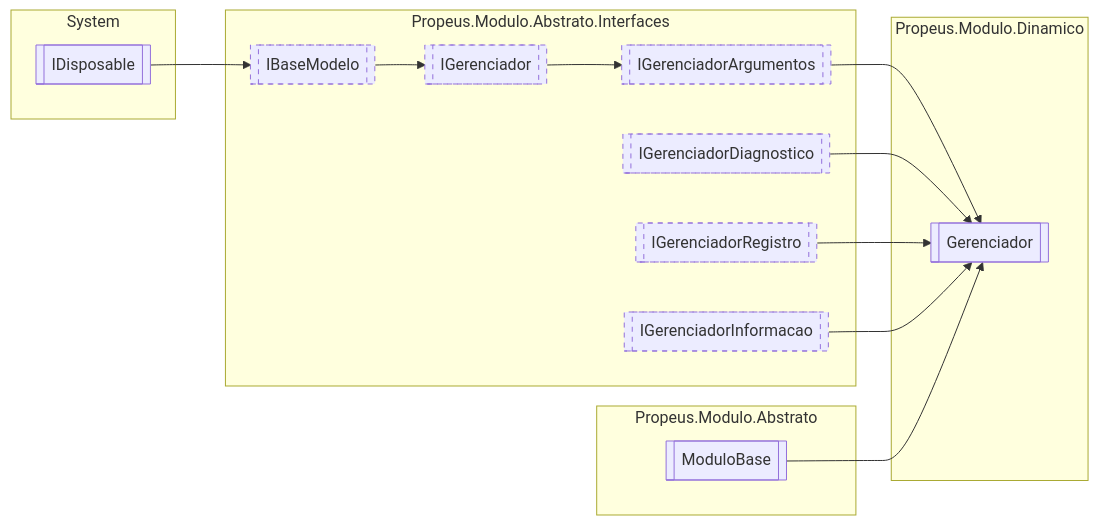
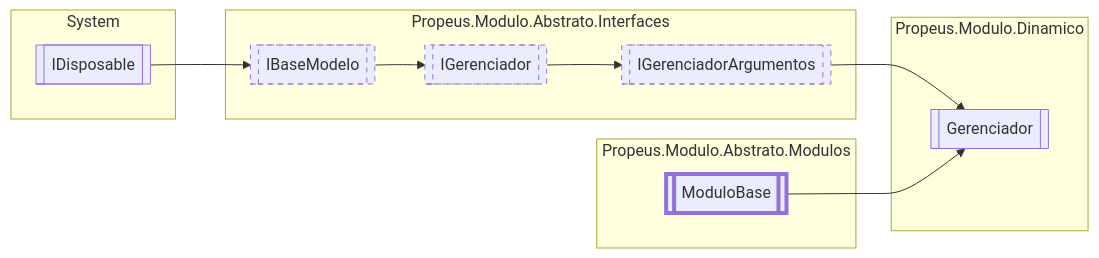
The diagram in docs/ModularDoc/propeusmodulodinamico-Gerenciador.md (Propeus/Modulo), drawn with Mermaid before and after one commit. The commit also changed other lines of this file and 226 other files, not shown here.

````diff
--- a/docs/ModularDoc/propeusmodulodinamico-Gerenciador.md
+++ b/docs/ModularDoc/propeusmodulodinamico-Gerenciador.md
@@ -7,36 +7,28 @@
 ```mermaid
   flowchart LR
   classDef interfaceStyle stroke-dasharray: 5 5;
   classDef abstractStyle stroke-width:4px
   subgraph Propeus.Modulo.Dinamico
   Propeus.Modulo.Dinamico.Gerenciador[[Gerenciador]]
   end
   subgraph Propeus.Modulo.Abstrato.Interfaces
   Propeus.Modulo.Abstrato.Interfaces.IGerenciadorArgumentos[[IGerenciadorArgumentos]]
   class Propeus.Modulo.Abstrato.Interfaces.IGerenciadorArgumentos interfaceStyle;
   Propeus.Modulo.Abstrato.Interfaces.IGerenciador[[IGerenciador]]
   class Propeus.Modulo.Abstrato.Interfaces.IGerenciador interfaceStyle;
   Propeus.Modulo.Abstrato.Interfaces.IBaseModelo[[IBaseModelo]]
   class Propeus.Modulo.Abstrato.Interfaces.IBaseModelo interfaceStyle;
-  Propeus.Modulo.Abstrato.Interfaces.IGerenciadorDiagnostico[[IGerenciadorDiagnostico]]
-  class Propeus.Modulo.Abstrato.Interfaces.IGerenciadorDiagnostico interfaceStyle;
-  Propeus.Modulo.Abstrato.Interfaces.IGerenciadorRegistro[[IGerenciadorRegistro]]
-  class Propeus.Modulo.Abstrato.Interfaces.IGerenciadorRegistro interfaceStyle;
-  Propeus.Modulo.Abstrato.Interfaces.IGerenciadorInformacao[[IGerenciadorInformacao]]
-  class Propeus.Modulo.Abstrato.Interfaces.IGerenciadorInformacao interfaceStyle;
   end
   subgraph System
 System.IDisposable[[IDisposable]]
   end
-  subgraph Propeus.Modulo.Abstrato
-  Propeus.Modulo.Abstrato.ModuloBase[[ModuloBase]]
+  subgraph Propeus.Modulo.Abstrato.Modulos
+  Propeus.Modulo.Abstrato.Modulos.ModuloBase[[ModuloBase]]
+  class Propeus.Modulo.Abstrato.Modulos.ModuloBase abstractStyle;
   end
 Propeus.Modulo.Abstrato.Interfaces.IGerenciadorArgumentos --> Propeus.Modulo.Dinamico.Gerenciador
 Propeus.Modulo.Abstrato.Interfaces.IGerenciador --> Propeus.Modulo.Abstrato.Interfaces.IGerenciadorArgumentos
 Propeus.Modulo.Abstrato.Interfaces.IBaseModelo --> Propeus.Modulo.Abstrato.Interfaces.IGerenciador
 System.IDisposable --> Propeus.Modulo.Abstrato.Interfaces.IBaseModelo
-Propeus.Modulo.Abstrato.Interfaces.IGerenciadorDiagnostico --> Propeus.Modulo.Dinamico.Gerenciador
-Propeus.Modulo.Abstrato.Interfaces.IGerenciadorRegistro --> Propeus.Modulo.Dinamico.Gerenciador
-Propeus.Modulo.Abstrato.Interfaces.IGerenciadorInformacao --> Propeus.Modulo.Dinamico.Gerenciador
-Propeus.Modulo.Abstrato.ModuloBase --> Propeus.Modulo.Dinamico.Gerenciador
+Propeus.Modulo.Abstrato.Modulos.ModuloBase --> Propeus.Modulo.Dinamico.Gerenciador
 ```
````
